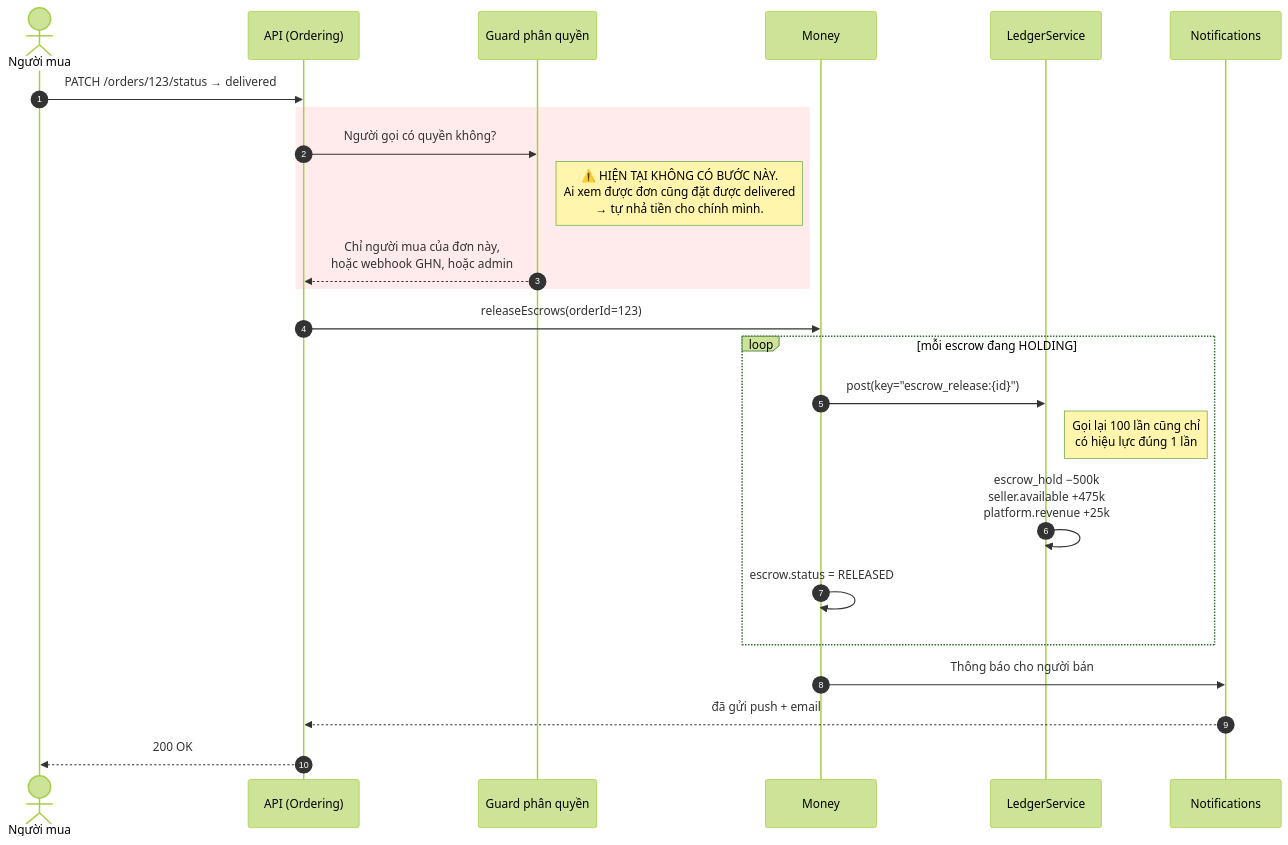
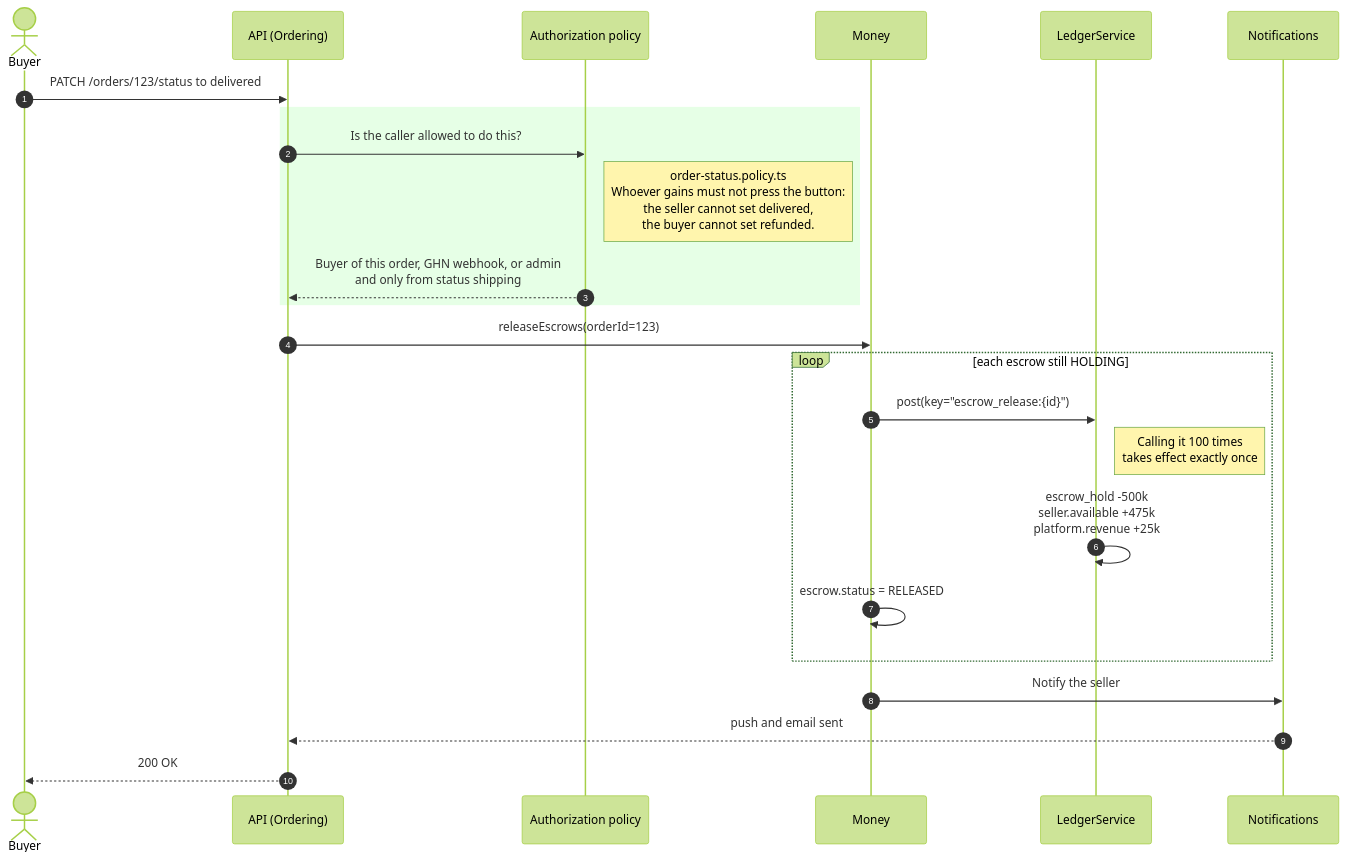
One commit to tdat-dev/Zoldify_Backend changed diagram 12 of 18 in docs/system-design/2026-08-06-zoldify-diagrams.md. Above: the diagram before and after it, drawn with Mermaid (forest theme). The commit also changed other lines of this file, not shown here.

````diff
--- a/docs/system-design/2026-08-06-zoldify-diagrams.md
+++ b/docs/system-design/2026-08-06-zoldify-diagrams.md
@@ -538,31 +552,31 @@
 ```mermaid
 sequenceDiagram
     autonumber
-    actor B as Người mua
+    actor B as Buyer
     participant API as API (Ordering)
-    participant G as Guard phân quyền
+    participant G as Authorization policy
     participant M as Money
     participant L as LedgerService
     participant N as Notifications
 
-    B->>API: PATCH /orders/123/status → delivered
+    B->>API: PATCH /orders/123/status to delivered
 
-    rect rgb(255, 235, 235)
-        API->>G: Người gọi có quyền không?
-        note right of G: ⚠️ HIỆN TẠI KHÔNG CÓ BƯỚC NÀY.<br/>Ai xem được đơn cũng đặt được delivered<br/>→ tự nhả tiền cho chính mình.
-        G-->>API: Chỉ người mua của đơn này,<br/>hoặc webhook GHN, hoặc admin
+    rect rgb(230, 255, 230)
+        API->>G: Is the caller allowed to do this?
+        note right of G: order-status.policy.ts<br/>Whoever gains must not press the button:<br/>the seller cannot set delivered,<br/>the buyer cannot set refunded.
+        G-->>API: Buyer of this order, GHN webhook, or admin<br/>and only from status shipping
     end
 
     API->>M: releaseEscrows(orderId=123)
 
-    loop mỗi escrow đang HOLDING
+    loop each escrow still HOLDING
         M->>L: post(key="escrow_release:{id}")
-        note right of L: Gọi lại 100 lần cũng chỉ<br/>có hiệu lực đúng 1 lần
-        L->>L: escrow_hold −500k<br/>seller.available +475k<br/>platform.revenue +25k
+        note right of L: Calling it 100 times<br/>takes effect exactly once
+        L->>L: escrow_hold -500k<br/>seller.available +475k<br/>platform.revenue +25k
         M->>M: escrow.status = RELEASED
     end
 
-    M->>N: Thông báo cho người bán
-    N-->>API: đã gửi push + email
+    M->>N: Notify the seller
+    N-->>API: push and email sent
     API-->>B: 200 OK
 ```
````
